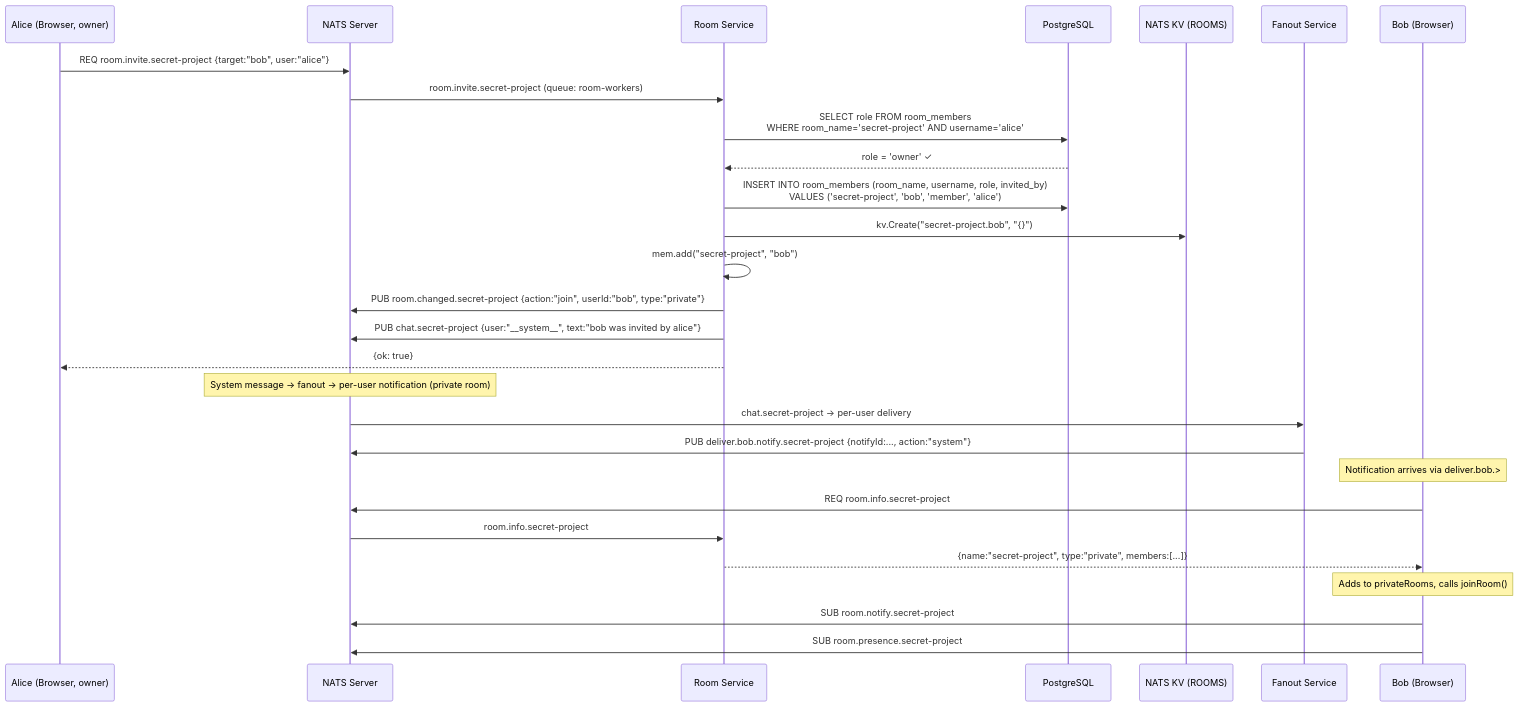
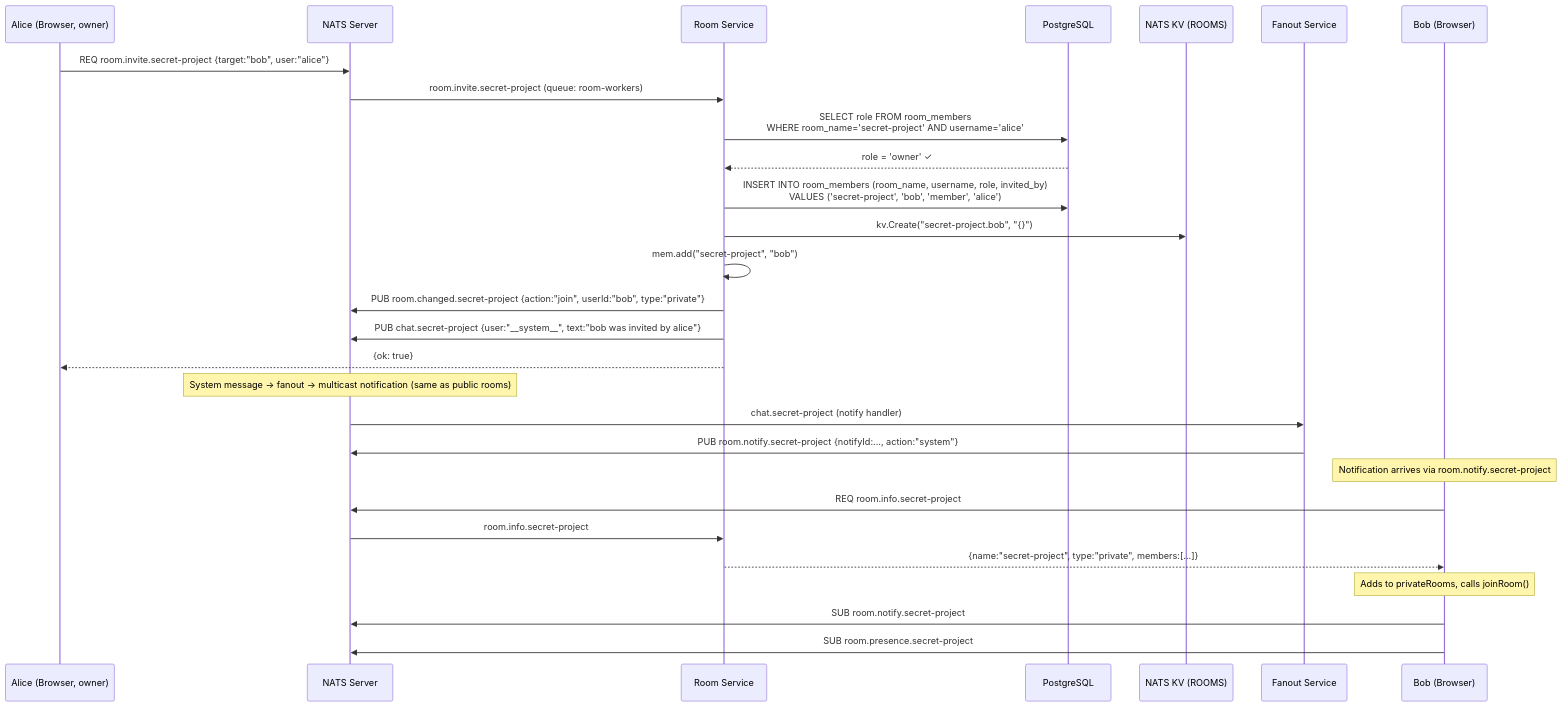
The seventh of 16 diagrams in docs/plans/2026-02-25-room-subscription-design.md (julianshen/nats-chat-keycloak), drawn with Mermaid before and after one commit. The commit also changed other lines of this file, not shown here.

First line of the commit message:
Update room subscription design doc to match current implementation

````diff
--- a/docs/plans/2026-02-25-room-subscription-design.md
+++ b/docs/plans/2026-02-25-room-subscription-design.md
@@ -274,39 +270,39 @@
 ```mermaid
 sequenceDiagram
     participant Alice as Alice (Browser, owner)
     participant NATS as NATS Server
     participant RoomSvc as Room Service
     participant DB as PostgreSQL
     participant KV as NATS KV (ROOMS)
     participant Fanout as Fanout Service
     participant Bob as Bob (Browser)
 
     Alice->>NATS: REQ room.invite.secret-project {target:"bob", user:"alice"}
     NATS->>RoomSvc: room.invite.secret-project (queue: room-workers)
 
     RoomSvc->>DB: SELECT role FROM room_members<br/>WHERE room_name='secret-project' AND username='alice'
     DB-->>RoomSvc: role = 'owner' ✓
 
     RoomSvc->>DB: INSERT INTO room_members (room_name, username, role, invited_by)<br/>VALUES ('secret-project', 'bob', 'member', 'alice')
 
     RoomSvc->>KV: kv.Create("secret-project.bob", "{}")
     RoomSvc->>RoomSvc: mem.add("secret-project", "bob")
     RoomSvc->>NATS: PUB room.changed.secret-project {action:"join", userId:"bob", type:"private"}
 
     RoomSvc->>NATS: PUB chat.secret-project {user:"__system__", text:"bob was invited by alice"}
     RoomSvc-->>Alice: {ok: true}
 
-    Note over NATS: System message → fanout → per-user notification (private room)
+    Note over NATS: System message → fanout → multicast notification (same as public rooms)
 
-    NATS->>Fanout: chat.secret-project → per-user delivery
-    Fanout->>NATS: PUB deliver.bob.notify.secret-project {notifyId:..., action:"system"}
+    NATS->>Fanout: chat.secret-project (notify handler)
+    Fanout->>NATS: PUB room.notify.secret-project {notifyId:..., action:"system"}
 
-    Note over Bob: Notification arrives via deliver.bob.>
+    Note over Bob: Notification arrives via room.notify.secret-project
     Bob->>NATS: REQ room.info.secret-project
     NATS->>RoomSvc: room.info.secret-project
     RoomSvc-->>Bob: {name:"secret-project", type:"private", members:[...]}
 
     Note over Bob: Adds to privateRooms, calls joinRoom()
     Bob->>NATS: SUB room.notify.secret-project
     Bob->>NATS: SUB room.presence.secret-project
 ```
````
